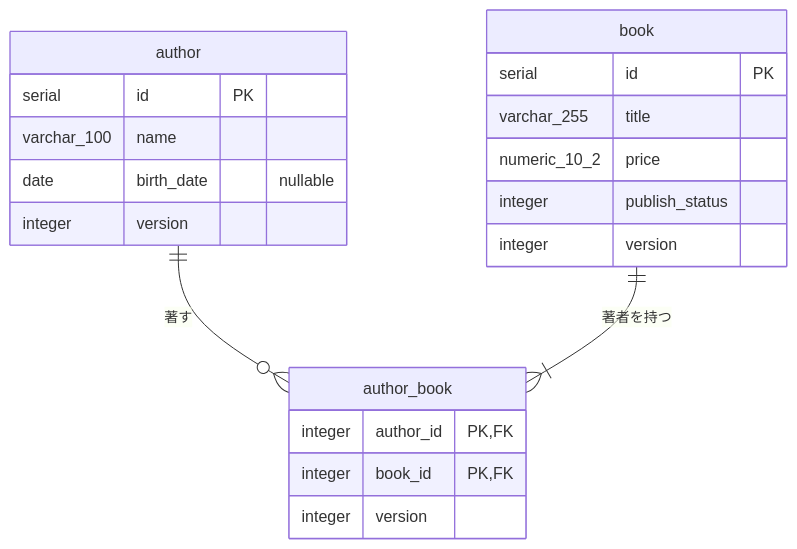
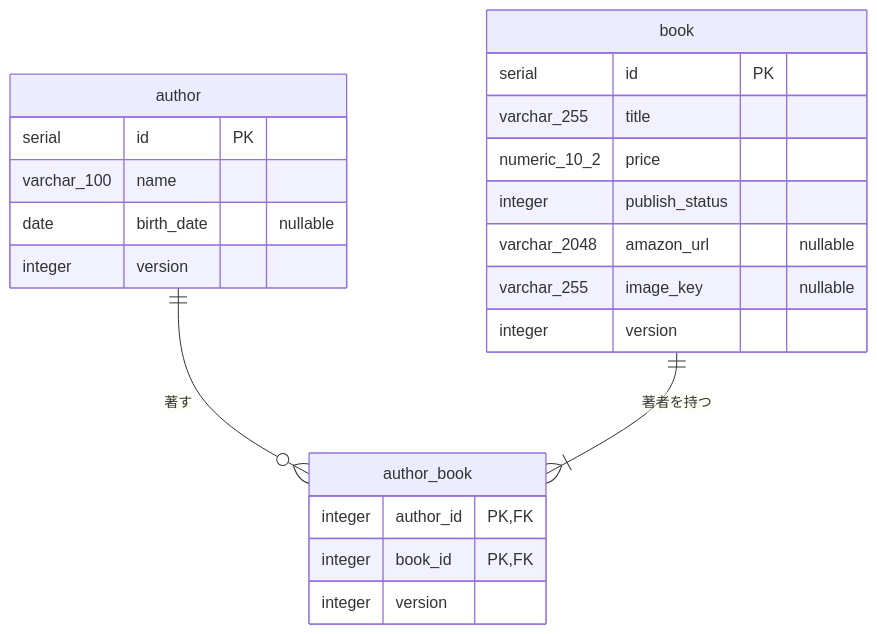
One commit to mrstsgk/book-management-system changed the diagram in docs/db/backend-schema.md. Above: the diagram before and after it, drawn with Mermaid. The commit also changed other lines of this file and 3 other files, not shown here.

````diff
--- a/docs/db/backend-schema.md
+++ b/docs/db/backend-schema.md
@@ -9,23 +9,25 @@
 ```mermaid
 erDiagram
     book {
         serial id PK
         varchar_255 title
         numeric_10_2 price
         integer publish_status
+        varchar_2048 amazon_url "nullable"
+        varchar_255 image_key "nullable"
         integer version
     }
     author {
         serial id PK
         varchar_100 name
         date birth_date "nullable"
         integer version
     }
     author_book {
         integer author_id PK, FK
         integer book_id PK, FK
         integer version
     }
     author ||--o{ author_book : "著す"
     book ||--|{ author_book : "著者を持つ"
 ```
````
